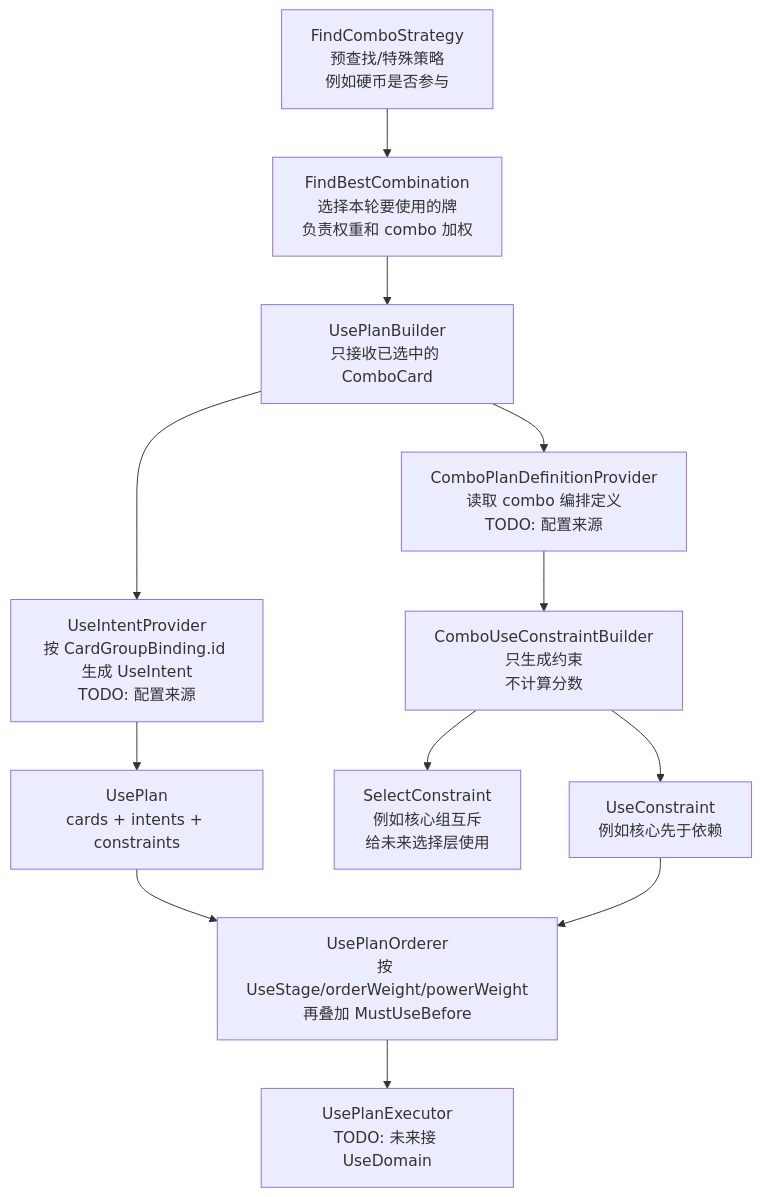
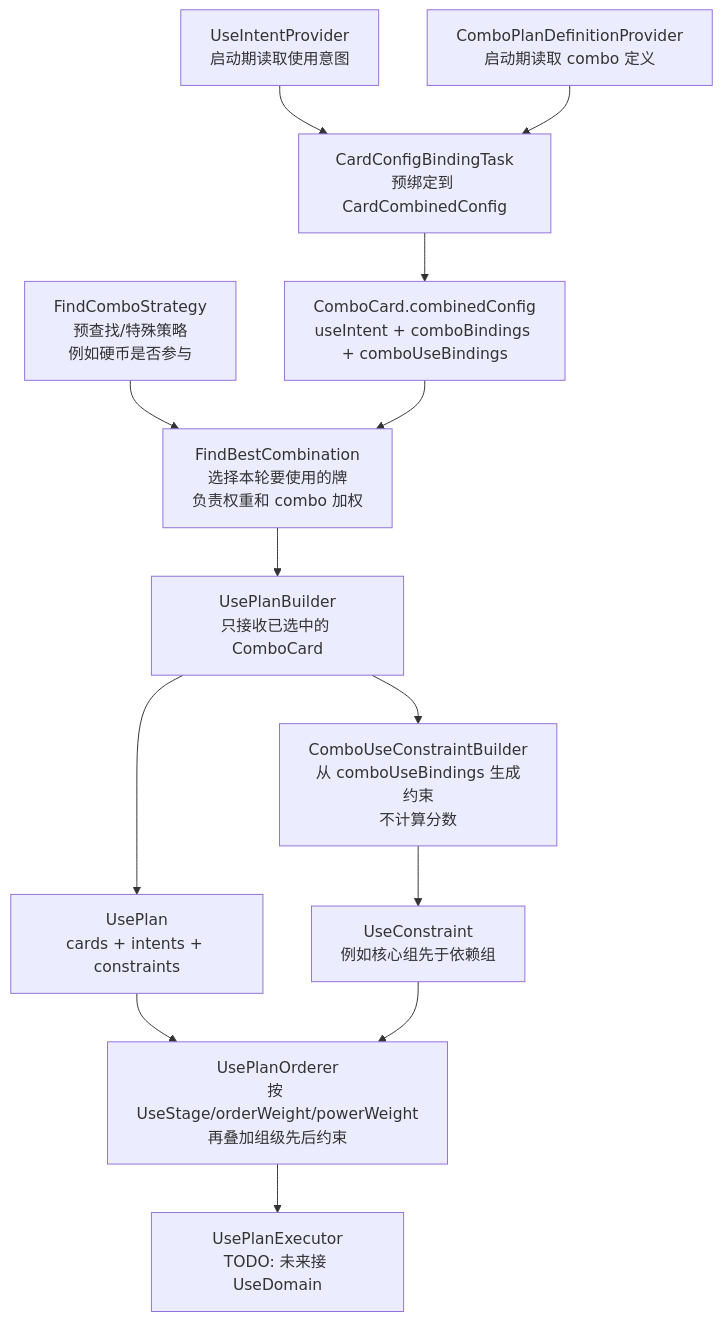
Before and after one commit to to52360/WeightHandlerStrategy: the diagram in WeightHanderStrategy/src/main/kotlin/lin/domain/use/plan/PLAN1.md, drawn with Mermaid. The commit also changed other lines of this file and 21 other files, not shown here.

First line of the commit message:
feat: 将combo定义与使用意图预绑定至CardCombinedConfig

````diff
--- a/WeightHanderStrategy/src/main/kotlin/lin/domain/use/plan/PLAN1.md
+++ b/WeightHanderStrategy/src/main/kotlin/lin/domain/use/plan/PLAN1.md
@@ -42,14 +56,15 @@
 ```mermaid
 flowchart TD
     A["FindComboStrategy<br/>预查找/特殊策略<br/>例如硬币是否参与"] --> B["FindBestCombination<br/>选择本轮要使用的牌<br/>负责权重和 combo 加权"]
+  D["UseIntentProvider<br/>启动期读取使用意图"] --> E["CardConfigBindingTask<br/>预绑定到 CardCombinedConfig"]
+  F["ComboPlanDefinitionProvider<br/>启动期读取 combo 定义"] --> E
+  E --> G["ComboCard.combinedConfig<br/>useIntent + comboBindings + comboUseBindings"]
+  G --> B
     B --> C["UsePlanBuilder<br/>只接收已选中的 ComboCard"]
-    C --> D["UseIntentProvider<br/>按 CardGroupBinding.id 生成 UseIntent<br/>TODO: 配置来源"]
-    C --> E["ComboPlanDefinitionProvider<br/>读取 combo 编排定义<br/>TODO: 配置来源"]
-    D --> F["UsePlan<br/>cards + intents + constraints"]
-    E --> G["ComboUseConstraintBuilder<br/>只生成约束<br/>不计算分数"]
-    G --> H["SelectConstraint<br/>例如核心组互斥<br/>给未来选择层使用"]
-    G --> I["UseConstraint<br/>例如核心先于依赖"]
-    F --> J["UsePlanOrderer<br/>按 UseStage/orderWeight/powerWeight<br/>再叠加 MustUseBefore"]
-    I --> J
-    J --> K["UsePlanExecutor<br/>TODO: 未来接 UseDomain"]
+  C --> H["UsePlan<br/>cards + intents + constraints"]
+  C --> I["ComboUseConstraintBuilder<br/>从 comboUseBindings 生成约束<br/>不计算分数"]
+  I --> J["UseConstraint<br/>例如核心组先于依赖组"]
+  H --> K["UsePlanOrderer<br/>按 UseStage/orderWeight/powerWeight<br/>再叠加组级先后约束"]
+  J --> K
+  K --> L["UsePlanExecutor<br/>TODO: 未来接 UseDomain"]
 ```
````
